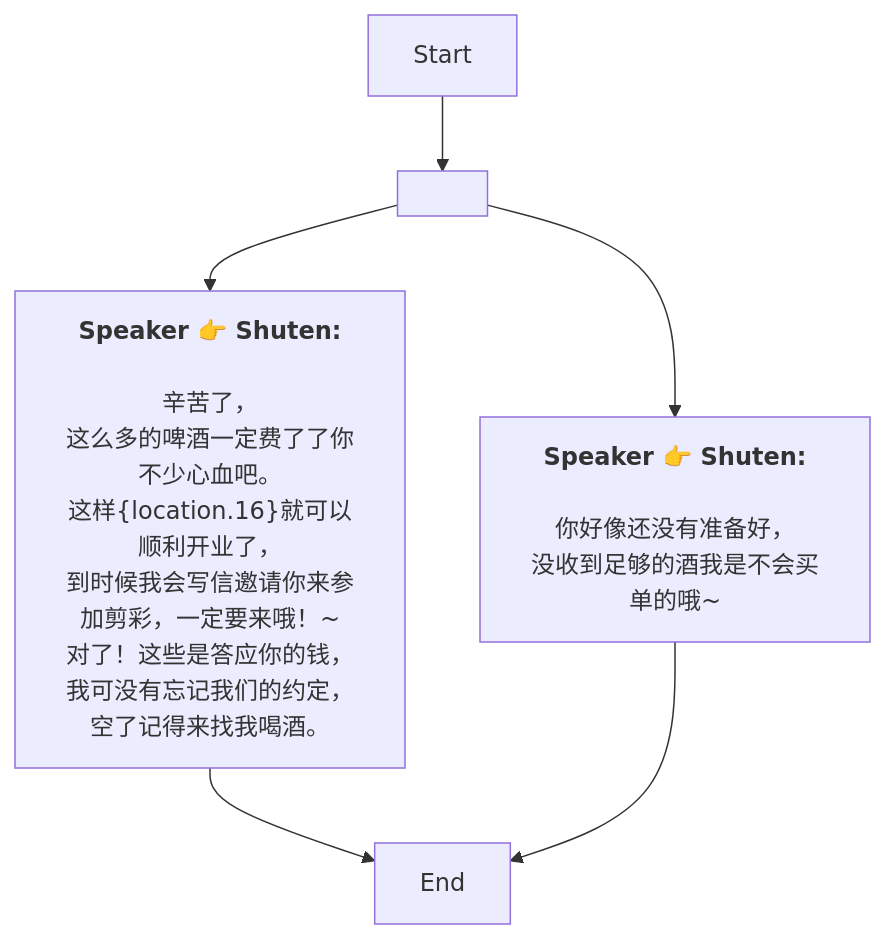
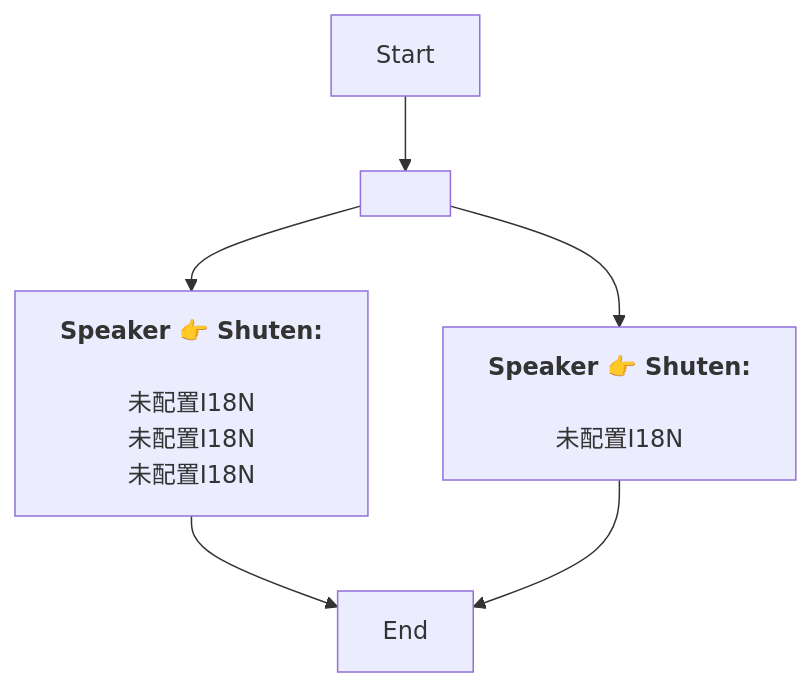
One commit to SoftHu/tos_avg changed the diagram in Zh/QuestNPCDeliveryENode_1754566337748939.md. Above: the diagram before and after it, drawn with Mermaid. The commit also changed 730 other files, not shown here.

````diff
--- a/Zh/QuestNPCDeliveryENode_1754566337748939.md
+++ b/Zh/QuestNPCDeliveryENode_1754566337748939.md
@@ -1,16 +1,11 @@
 ```mermaid
 graph
 Start -->1756425564236300[ ]
 1756425564236300 -->1756425626679821[<b>Speaker 👉 Shuten:</b>
-\n你好像还没有准备好，
-没收到足够的酒我是不会买单的哦~]
+\n未配置I18N]
 1756425564236300 -->1754567477753818[<b>Speaker 👉 Shuten:</b>
-\n辛苦了，
-这么多的啤酒一定费了了你不少心血吧。\n这样&lbrace;location.16&rbrace;就可以顺利开业了，
-到时候我会写信邀请你来参加剪彩，一定要来哦！~\n对了！这些是答应你的钱，
-我可没有忘记我们的约定，
-空了记得来找我喝酒。]
+\n未配置I18N\n未配置I18N\n未配置I18N]
 1754567477753818 -->1754567473346521[End]
 1756425626679821 -->1754567473346521[End]
 
 ```
````
